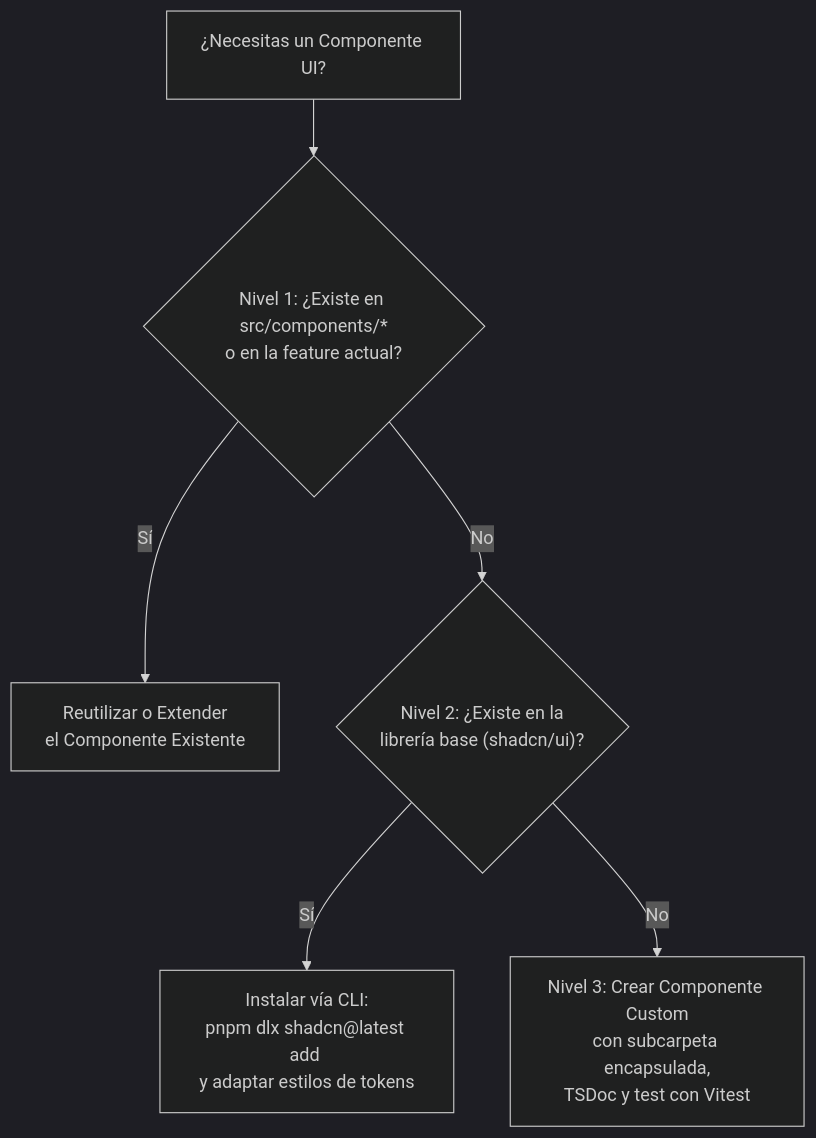
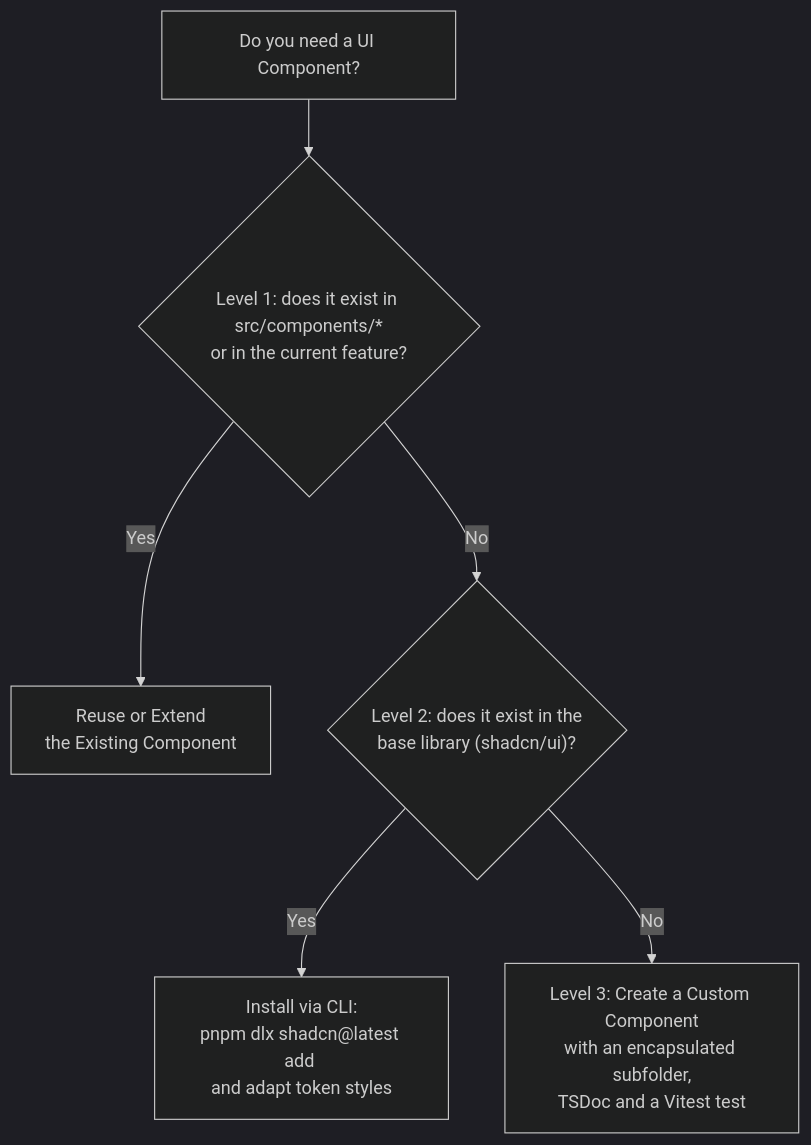
Before and after one commit to bryanus1/agent-skills: the diagram in skills/architecture/nextjs-architecture/references/component-and-dialog-patterns.md, drawn with Mermaid (dark theme). The commit also changed other lines of this file and 55 other files, not shown here.

First line of the commit message:
docs(architecture): translate the architecture skills to English (#31)

````diff
--- a/skills/architecture/nextjs-architecture/references/component-and-dialog-patterns.md
+++ b/skills/architecture/nextjs-architecture/references/component-and-dialog-patterns.md
@@ -11,8 +11,8 @@
 ```mermaid
 flowchart TD
-    A["¿Necesitas un Componente UI?"] --> B{"Nivel 1: ¿Existe en src/components/*\no en la feature actual?"}
-    B -- "Sí" --> C["Reutilizar o Extender\nel Componente Existente"]
-    B -- "No" --> D{"Nivel 2: ¿Existe en la\nlibrería base (shadcn/ui)?"}
-    D -- "Sí" --> E["Instalar vía CLI:\npnpm dlx shadcn@latest add <name>\ny adaptar estilos de tokens"]
-    D -- "No" --> F["Nivel 3: Crear Componente Custom\ncon subcarpeta encapsulada,\nTSDoc y test con Vitest"]
+    A["Do you need a UI Component?"] --> B{"Level 1: does it exist in src/components/*\nor in the current feature?"}
+    B -- "Yes" --> C["Reuse or Extend\nthe Existing Component"]
+    B -- "No" --> D{"Level 2: does it exist in the\nbase library (shadcn/ui)?"}
+    D -- "Yes" --> E["Install via CLI:\npnpm dlx shadcn@latest add <name>\nand adapt token styles"]
+    D -- "No" --> F["Level 3: Create a Custom Component\nwith an encapsulated subfolder,\nTSDoc and a Vitest test"]
 ```
````
